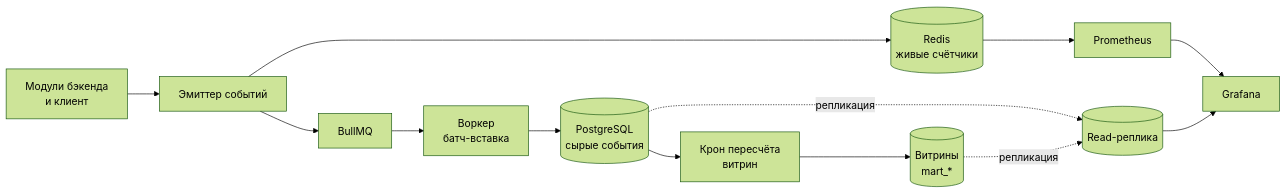
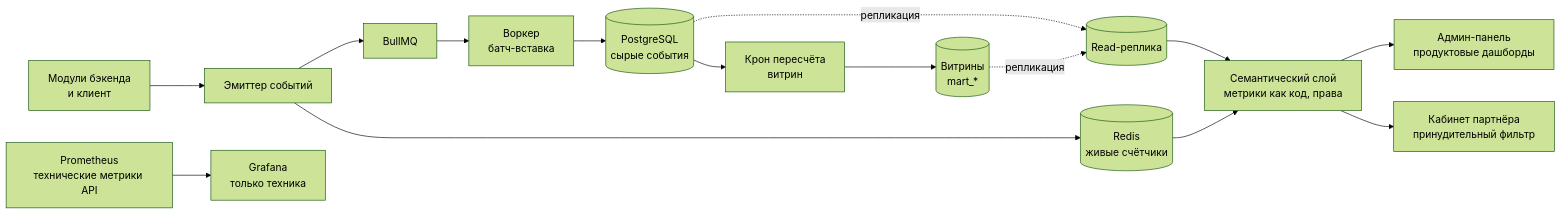
Diagram 13 of 17 in docs/21-diagrams.md (JJSGxKD/rubezh), drawn with Mermaid (forest theme) before and after one commit. The commit also changed other lines of this file and 19 other files, not shown here.

````diff
--- a/docs/21-diagrams.md
+++ b/docs/21-diagrams.md
@@ -594,27 +680,32 @@
 ```mermaid
 flowchart LR
     MOD["Модули бэкенда<br/>и клиент"]
     EMIT["Эмиттер событий"]
     Q["BullMQ"]
     RD[("Redis<br/>живые счётчики")]
     W["Воркер<br/>батч-вставка"]
     PG[("PostgreSQL<br/>сырые события")]
     ROLL["Крон пересчёта<br/>витрин"]
     MART[("Витрины<br/>mart_*")]
     REPL[("Read-реплика")]
-    PROM["Prometheus"]
-    GRAF["Grafana"]
+    SEM["Семантический слой<br/>метрики как код, права"]
+    ADM["Админ-панель<br/>продуктовые дашборды"]
+    PC["Кабинет партнёра<br/>принудительный фильтр"]
+    PROM["Prometheus<br/>технические метрики API"]
+    GRAF["Grafana<br/>только техника"]
 
     MOD --> EMIT
     EMIT --> Q
     EMIT --> RD
     Q --> W
     W --> PG
     PG --> ROLL
     ROLL --> MART
     PG -.репликация.-> REPL
     MART -.репликация.-> REPL
-    RD --> PROM
+    REPL --> SEM
+    RD --> SEM
+    SEM --> ADM
+    SEM --> PC
     PROM --> GRAF
-    REPL --> GRAF
 ```
````
